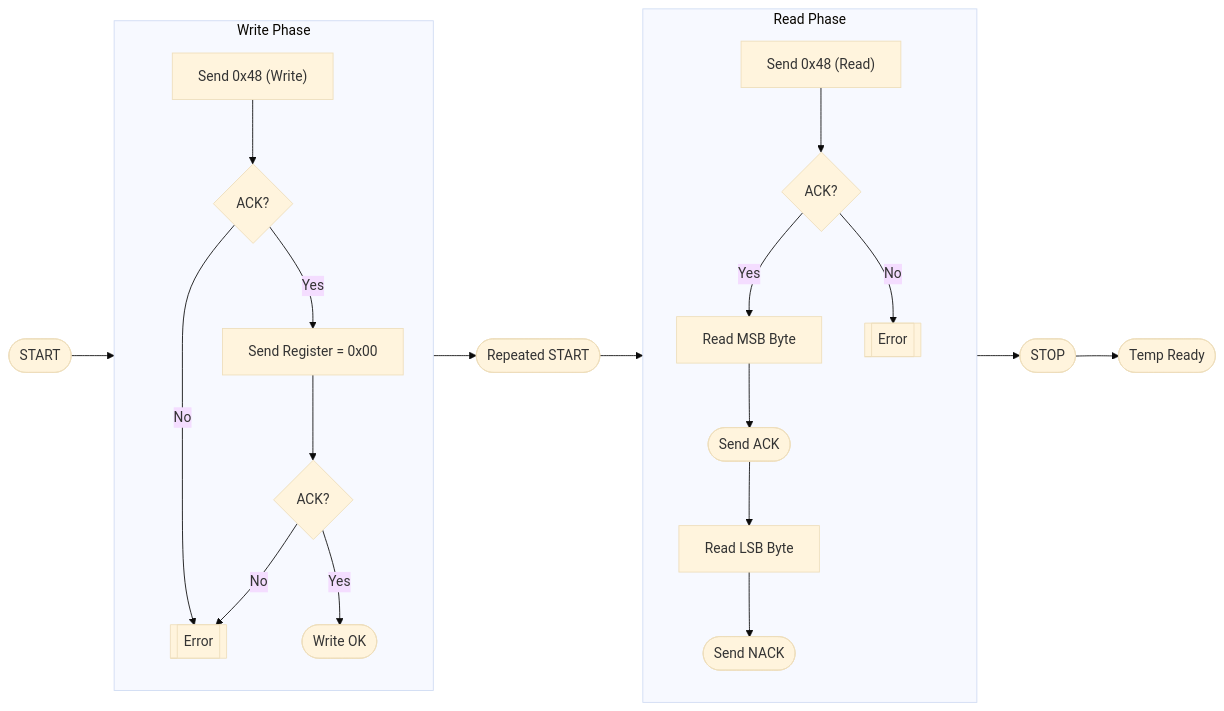
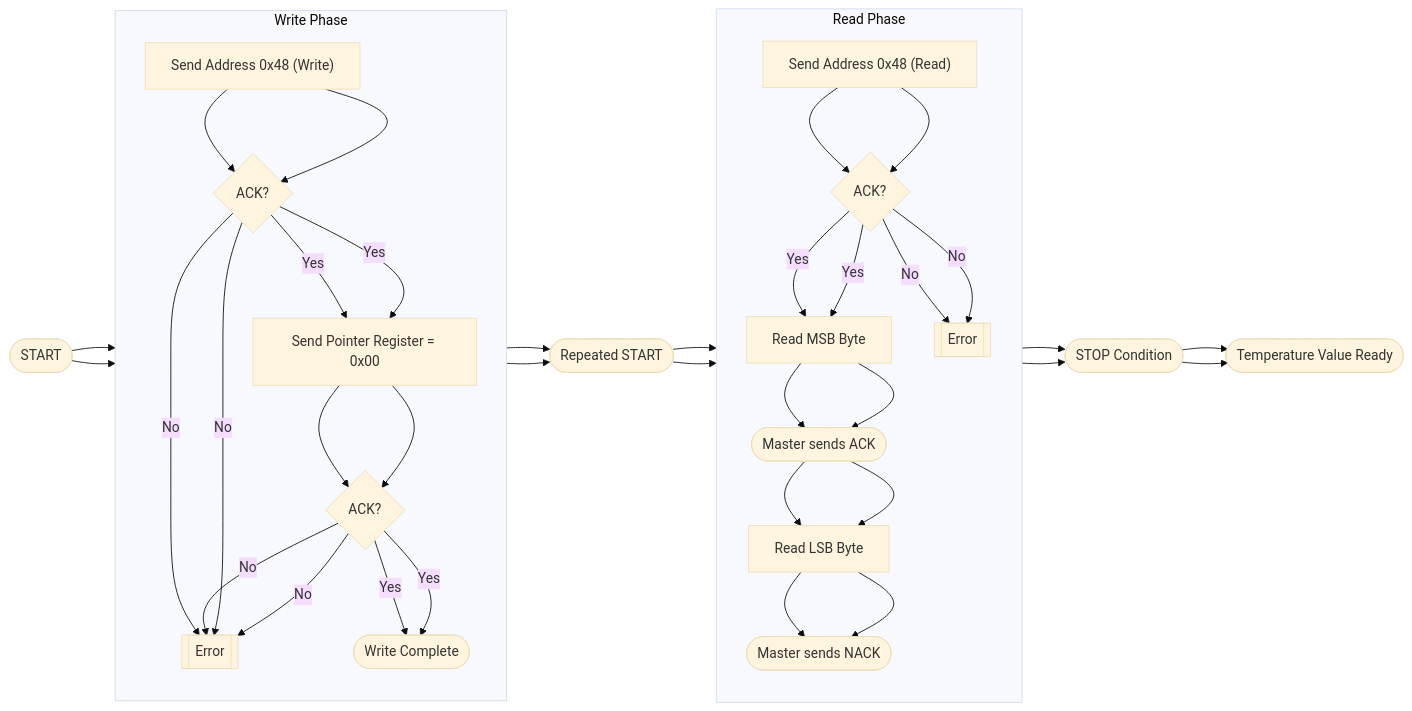
The second of 5 diagrams in README.md (nhoangkiet35/Smart-RGB-Ambient-Lighting-System), drawn with Mermaid (base theme) before and after one commit. The commit also changed other lines of this file, not shown here.

````diff
--- a/README.md
+++ b/README.md
@@ -161,35 +140,81 @@
 ```mermaid
 flowchart LR
-    START([START]) --> WRITE_PHASE
+ subgraph WPH["Write Phase"]
+    direction TB
+        ACK1{"ACK?"}
+        AW["Send Address 0x48 (Write)"]
+        REG["Send Pointer Register = 0x00"]
+        ERR1[["Error"]]
+        ACK2{"ACK?"}
+        DONE_W(["Write Complete"])
+  end
+ subgraph RPH["Read Phase"]
+    direction TB
+        ACK3{"ACK?"}
+        AR["Send Address 0x48 (Read)"]
+        MSB["Read MSB Byte"]
+        ERR2[["Error"]]
+        ACK_MSB(["Master sends ACK"])
+        LSB["Read LSB Byte"]
+        NACK_LSB(["Master sends NACK"])
+  end
+    START(["START"]) --> AW
+    AW --> ACK1
+    ACK1 -- Yes --> REG
+    ACK1 -- No --> ERR1
+    REG --> ACK2
+    ACK2 -- Yes --> DONE_W
+    ACK2 -- No --> ERR1
+    DONE_W --> RS(["Repeated START"])
+    AR --> ACK3
+    ACK3 -- Yes --> MSB
+    ACK3 -- No --> ERR2
+    MSB --> ACK_MSB
+    ACK_MSB --> LSB
+    LSB --> NACK_LSB
+    RS --> RPH
+    RPH --> STOP(["STOP Condition"])
+    STOP --> DONE(["Temperature Value Ready"])
 
-    %% --- WRITE PHASE ---
-    subgraph WRITE_PHASE [Write Phase]
-        direction TB
-        AW["Send 0x48 (Write)"] --> ACK1{ACK?}
-        ACK1 -->|Yes| REG["Send Register = 0x00"]
-        ACK1 -->|No| ERR1[[Error]]
+    style WPH fill:#FFF9C4
+    style RPH fill:#FFF9C4flowchart LR
+ subgraph WPH["Write Phase"]
+    direction TB
+        ACK1{"ACK?"}
+        AW["Send Address 0x48 (Write)"]
+        REG["Send Pointer Register = 0x00"]
+        ERR1[["Error"]]
+        ACK2{"ACK?"}
+        DONE_W(["Write Complete"])
+  end
+ subgraph RPH["Read Phase"]
+    direction TB
+        ACK3{"ACK?"}
+        AR["Send Address 0x48 (Read)"]
+        MSB["Read MSB Byte"]
+        ERR2[["Error"]]
+        ACK_MSB(["Master sends ACK"])
+        LSB["Read LSB Byte"]
+        NACK_LSB(["Master sends NACK"])
+  end
+    START(["START"]) --> AW
+    AW --> ACK1
+    ACK1 -- Yes --> REG
+    ACK1 -- No --> ERR1
+    REG --> ACK2
+    ACK2 -- Yes --> DONE_W
+    ACK2 -- No --> ERR1
+    DONE_W --> RS(["Repeated START"])
+    AR --> ACK3
+    ACK3 -- Yes --> MSB
+    ACK3 -- No --> ERR2
+    MSB --> ACK_MSB
+    ACK_MSB --> LSB
+    LSB --> NACK_LSB
+    RS --> RPH
+    RPH --> STOP(["STOP Condition"])
+    STOP --> DONE(["Temperature Value Ready"])
 
-        REG --> ACK2{ACK?}
-        ACK2 -->|Yes| DONE_W([Write OK])
-        ACK2 -->|No| ERR1[[Error]]
-    end
-
-    DONE_W --> RS([Repeated START])
-
-    %% --- READ PHASE ---
-    subgraph READ_PHASE [Read Phase]
-        direction TB
-        AR["Send 0x48 (Read)"] --> ACK3{ACK?}
-        ACK3 -->|Yes| MSB["Read MSB Byte"]
-        ACK3 -->|No| ERR2[[Error]]
-
-        MSB --> ACK_MSB([Send ACK])
-        ACK_MSB --> LSB["Read LSB Byte"]
-
-        LSB --> NACK_LSB([Send NACK])
-    end
-
-    RS --> READ_PHASE --> STOP([STOP])
-    STOP --> DONE([Temp Ready])
-
+    style WPH fill:#FFF9C4
+    style RPH fill:#FFF9C4
 ```
````
